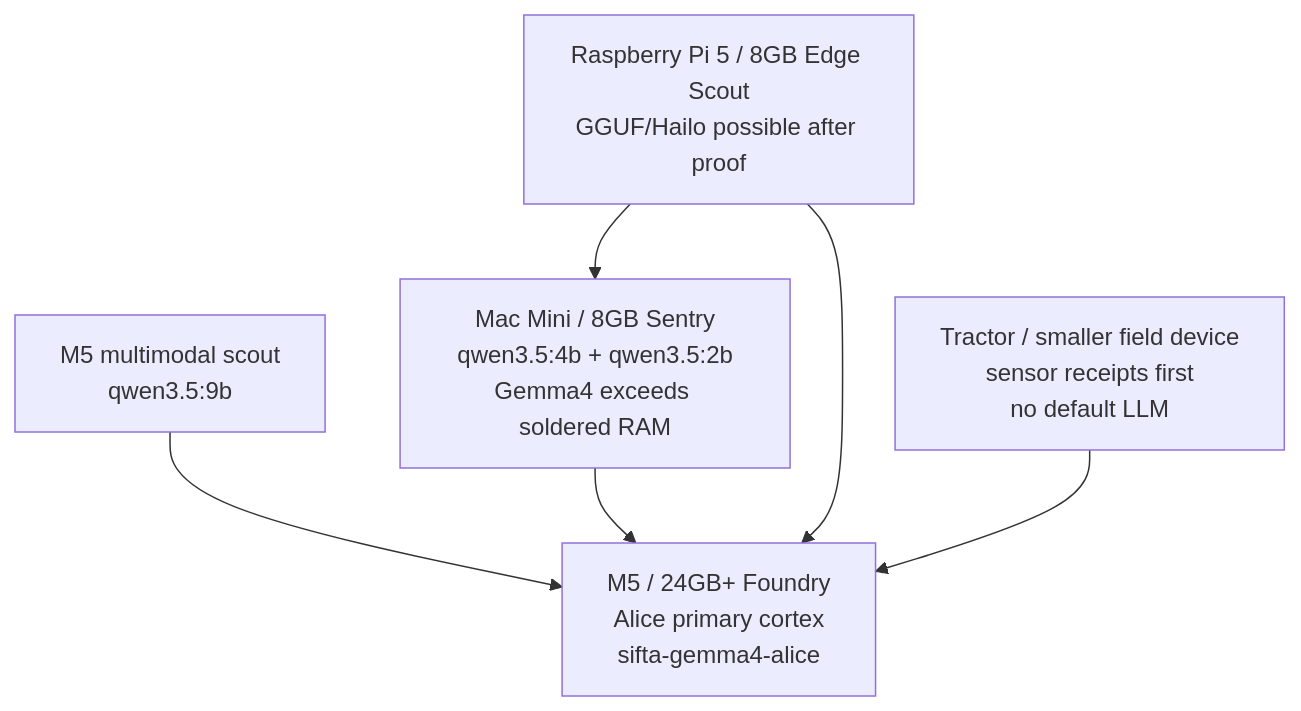
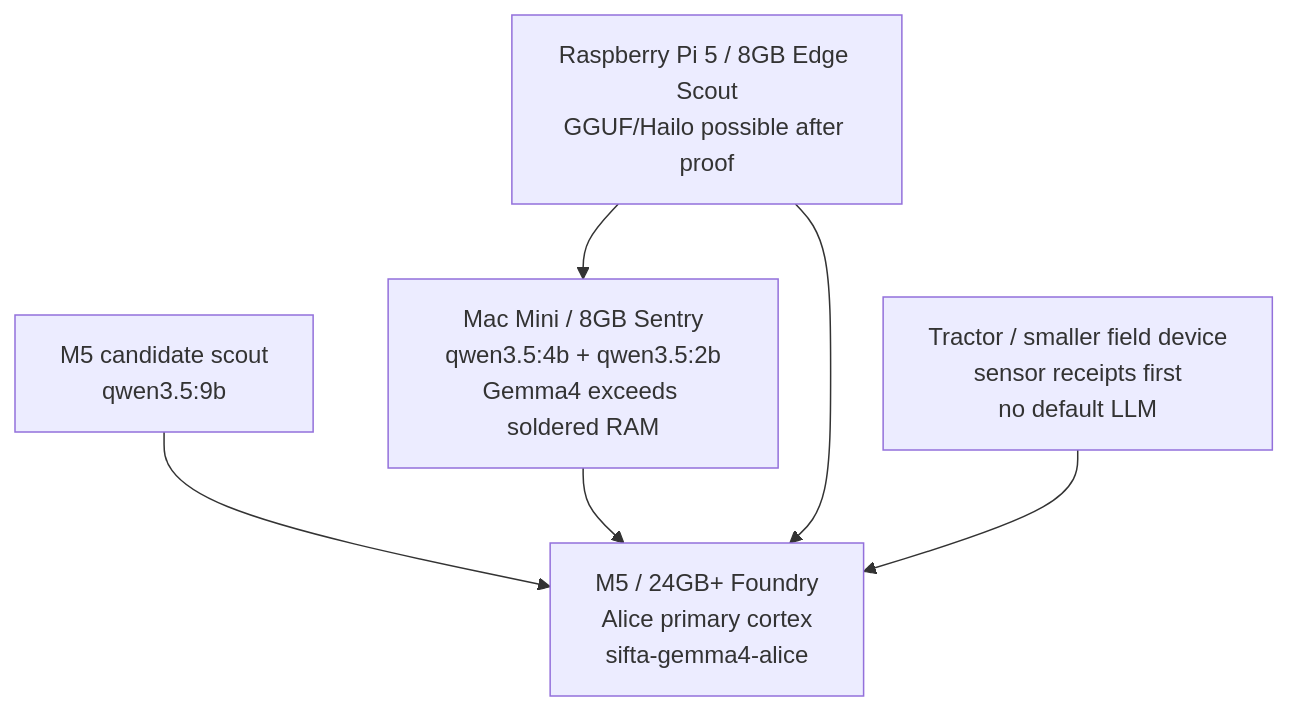
One commit to antonpictures/ANTON-SIFTA changed the diagram in Documents/SIFTA_ONBOARDING.md. Above: the diagram before and after it, drawn with Mermaid. The commit also changed other lines of this file and 5 other files, not shown here.

````diff
--- a/Documents/SIFTA_ONBOARDING.md
+++ b/Documents/SIFTA_ONBOARDING.md
@@ -42,13 +42,13 @@
 ```mermaid
 flowchart TB
     M5["M5 / 24GB+ Foundry\nAlice primary cortex\nsifta-gemma4-alice"]
-    M5Scout["M5 multimodal scout\nqwen3.5:9b"]
+    M5Scout["M5 candidate scout\nqwen3.5:9b"]
     Mini["Mac Mini / 8GB Sentry\nqwen3.5:4b + qwen3.5:2b\nGemma4 exceeds soldered RAM"]
     Pi["Raspberry Pi 5 / 8GB Edge Scout\nGGUF/Hailo possible after proof"]
     Field["Tractor / smaller field device\nsensor receipts first\nno default LLM"]
     M5Scout --> M5
     Mini --> M5
     Pi --> Mini
     Pi --> M5
     Field --> M5
 ```
````
